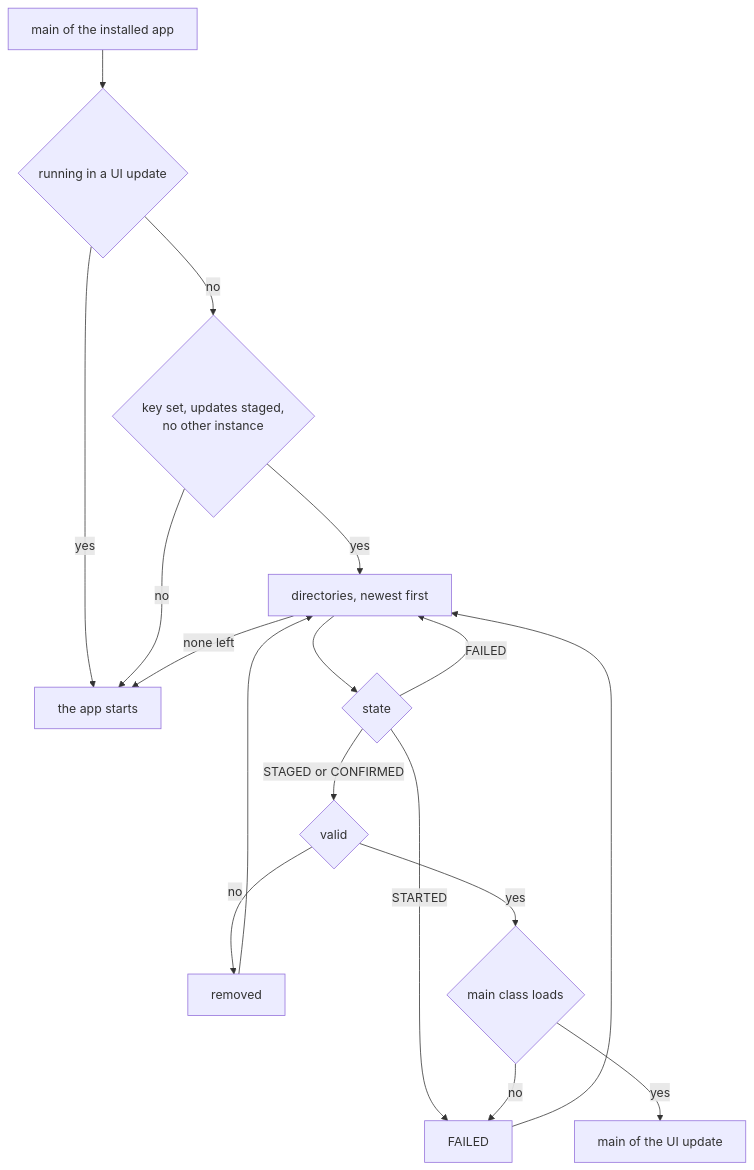
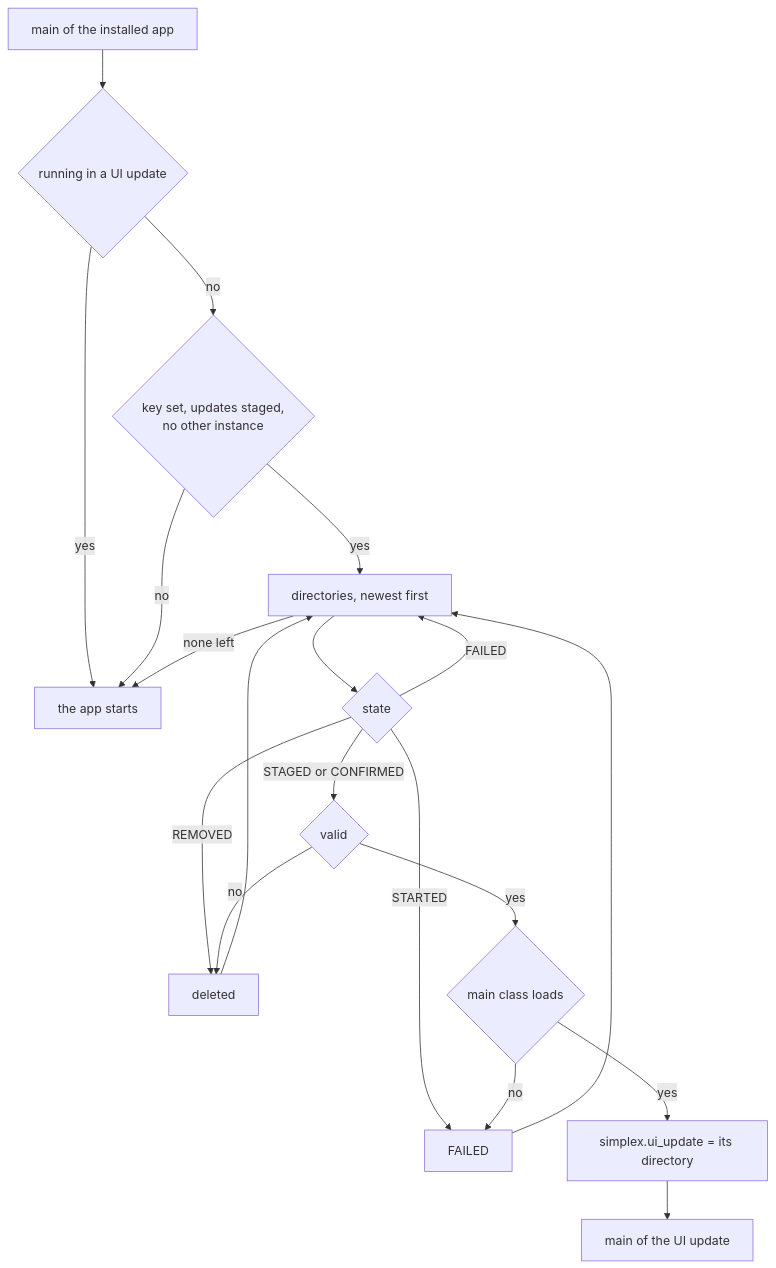
Before and after one commit to simplex-chat/simplex-chat: the second of 4 diagrams in plans/2026-11-17-desktop-ui-updates.md, drawn with Mermaid. The commit also changed other lines of this file and 12 other files, not shown here.

````diff
--- a/plans/2026-11-17-desktop-ui-updates.md
+++ b/plans/2026-11-17-desktop-ui-updates.md
@@ -81,17 +116,18 @@
 ```mermaid
 flowchart TD
   M[main of the installed app] --> R{running in a UI update}
   R -->|yes| A[the app starts]
   R -->|no| K{key set, updates staged,<br>no other instance}
   K -->|no| A
   K -->|yes| D[directories, newest first]
   D --> S{state}
   S -->|FAILED| D
+  S -->|REMOVED| X
   S -->|STARTED| F[FAILED] --> D
   S -->|STAGED or CONFIRMED| V{valid}
-  V -->|no| X[removed] --> D
+  V -->|no| X[deleted] --> D
   V -->|yes| L{main class loads}
   L -->|no| F
-  L -->|yes| U[main of the UI update]
+  L -->|yes| P[simplex.ui_update = its directory] --> U[main of the UI update]
   D -->|none left| A
 ```
````
